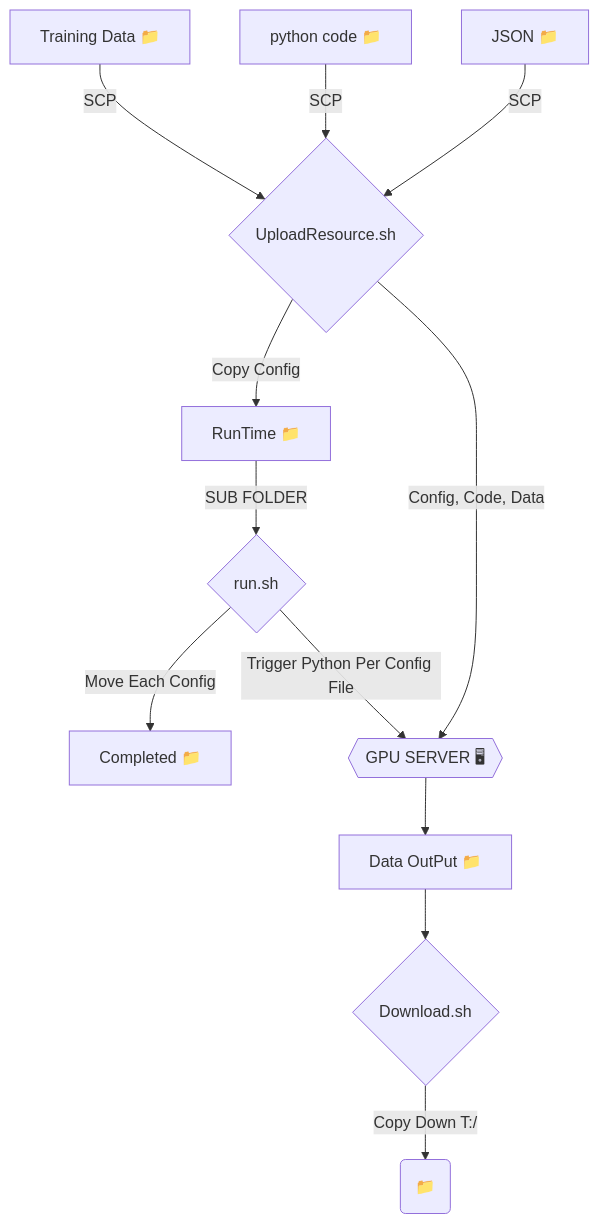
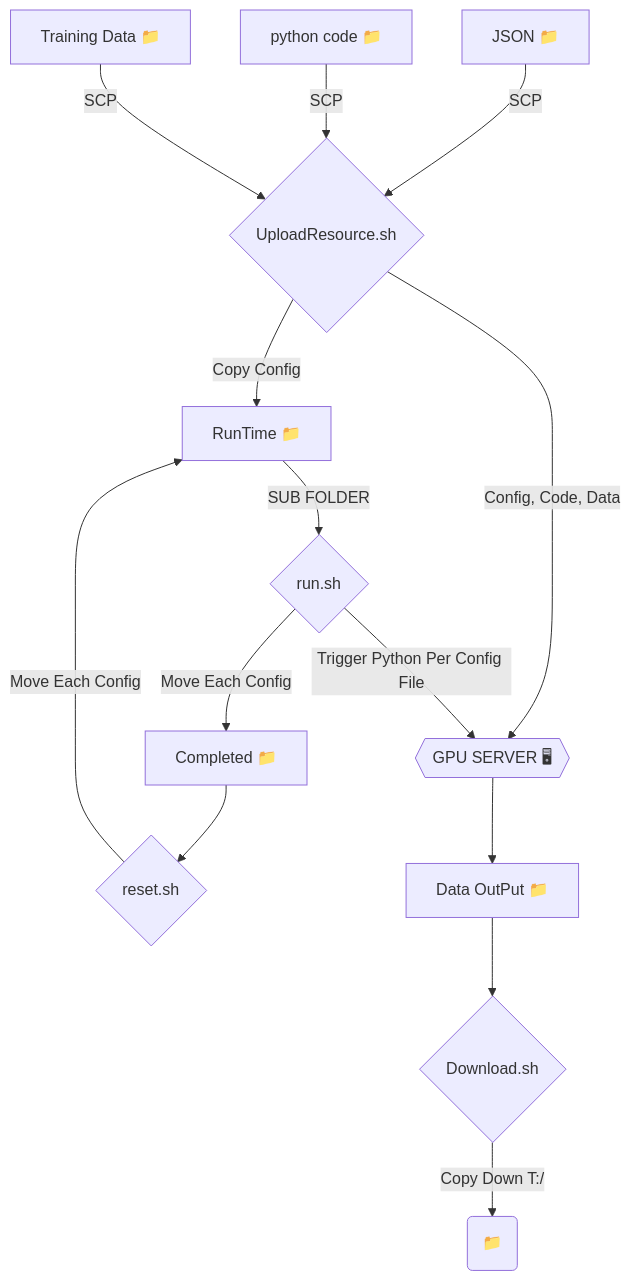
One commit to hung135/gpu_tasker changed the diagram in flow_chart.md. Above: the diagram before and after it, drawn with Mermaid.

````diff
--- a/flow_chart.md
+++ b/flow_chart.md
@@ -2,22 +2,23 @@
 ```mermaid
 graph TD
     A["JSON #128193;"] -->|SCP| F
     B -->|SCP| F
     C -->|SCP| F   
     B["python code #128193;"]
     C["Training Data #128193;"]
     D["RunTime #128193;"] 
-    E["Completed #128193;"]
+    E["Completed #128193;"]-->L
     F{UploadResource.sh}-->|Config, Code, Data|G
     F -->|Copy Config|D
     G{{"GPU SERVER #128421;"}}
     H{run.sh}-->|Move Each Config|E 
     H-->|Trigger Python Per Config File|G 
     D -->|SUB FOLDER| H
     G-->II["Data OutPut #128193;"]-->I
     I{Download.sh}-->|"Copy Down T:/"|J
     J("#128193;")
+      L{reset.sh}-->|Move Each Config|D
     
     
     
 ```
````
